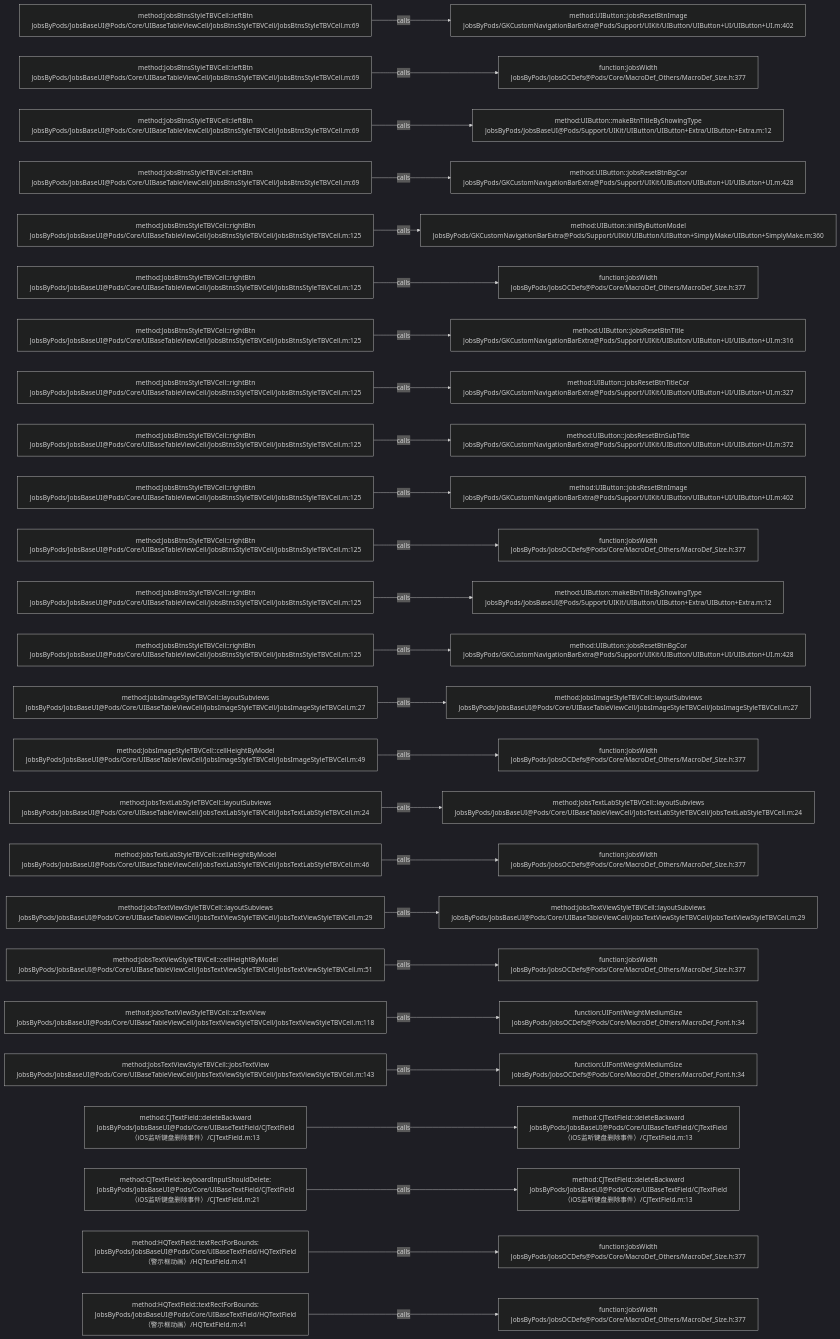
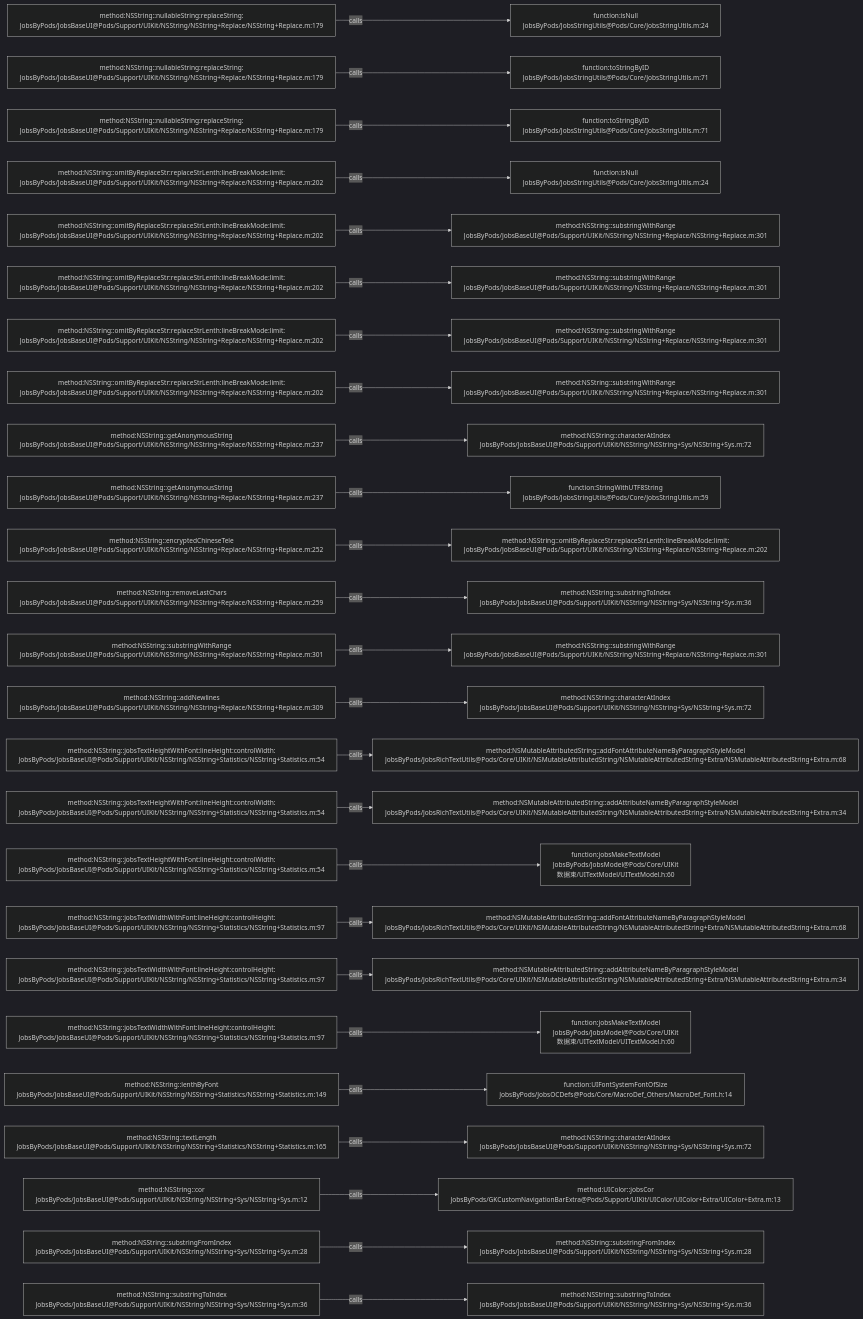
Before and after one commit to JobsKits/JobsOCBaseConfigDemo: the diagram in .codegraph/codegraph.md/graphs/calls-041.md, drawn with Mermaid (dark theme). The commit also changed 1026 other files, not shown here.

````diff
--- a/.codegraph/codegraph.md/graphs/calls-041.md
+++ b/.codegraph/codegraph.md/graphs/calls-041.md
@@ -13,78 +13,78 @@
 ```mermaid
 flowchart LR
-  S1["method:JobsBtnsStyleTBVCell::leftBtn<br/>JobsByPods/JobsBaseUI@Pods/Core/UIBaseTableViewCell/JobsBtnsStyleTBVCell/JobsBtnsStyleTBVCell.m:69"]
-  T1["method:UIButton::jobsResetBtnImage<br/>JobsByPods/GKCustomNavigationBarExtra@Pods/Support/UIKit/UIButton/UIButton+UI/UIButton+UI.m:402"]
+  S1["method:NSString::nullableString:replaceString:<br/>JobsByPods/JobsBaseUI@Pods/Support/UIKit/NSString/NSString+Replace/NSString+Replace.m:179"]
+  T1["function:isNull<br/>JobsByPods/JobsStringUtils@Pods/Core/JobsStringUtils.m:24"]
   S1 -->|calls| T1
-  S2["method:JobsBtnsStyleTBVCell::leftBtn<br/>JobsByPods/JobsBaseUI@Pods/Core/UIBaseTableViewCell/JobsBtnsStyleTBVCell/JobsBtnsStyleTBVCell.m:69"]
-  T2["function:JobsWidth<br/>JobsByPods/JobsOCDefs@Pods/Core/MacroDef_Others/MacroDef_Size.h:377"]
+  S2["method:NSString::nullableString:replaceString:<br/>JobsByPods/JobsBaseUI@Pods/Support/UIKit/NSString/NSString+Replace/NSString+Replace.m:179"]
+  T2["function:toStringByID<br/>JobsByPods/JobsStringUtils@Pods/Core/JobsStringUtils.m:71"]
   S2 -->|calls| T2
-  S3["method:JobsBtnsStyleTBVCell::leftBtn<br/>JobsByPods/JobsBaseUI@Pods/Core/UIBaseTableViewCell/JobsBtnsStyleTBVCell/JobsBtnsStyleTBVCell.m:69"]
-  T3["method:UIButton::makeBtnTitleByShowingType<br/>JobsByPods/JobsBaseUI@Pods/Support/UIKit/UIButton/UIButton+Extra/UIButton+Extra.m:12"]
+  S3["method:NSString::nullableString:replaceString:<br/>JobsByPods/JobsBaseUI@Pods/Support/UIKit/NSString/NSString+Replace/NSString+Replace.m:179"]
+  T3["function:toStringByID<br/>JobsByPods/JobsStringUtils@Pods/Core/JobsStringUtils.m:71"]
   S3 -->|calls| T3
-  S4["method:JobsBtnsStyleTBVCell::leftBtn<br/>JobsByPods/JobsBaseUI@Pods/Core/UIBaseTableViewCell/JobsBtnsStyleTBVCell/JobsBtnsStyleTBVCell.m:69"]
-  T4["method:UIButton::jobsResetBtnBgCor<br/>JobsByPods/GKCustomNavigationBarExtra@Pods/Support/UIKit/UIButton/UIButton+UI/UIButton+UI.m:428"]
+  S4["method:NSString::omitByReplaceStr:replaceStrLenth:lineBreakMode:limit:<br/>JobsByPods/JobsBaseUI@Pods/Support/UIKit/NSString/NSString+Replace/NSString+Replace.m:202"]
+  T4["function:isNull<br/>JobsByPods/JobsStringUtils@Pods/Core/JobsStringUtils.m:24"]
   S4 -->|calls| T4
-  S5["method:JobsBtnsStyleTBVCell::rightBtn<br/>JobsByPods/JobsBaseUI@Pods/Core/UIBaseTableViewCell/JobsBtnsStyleTBVCell/JobsBtnsStyleTBVCell.m:125"]
-  T5["method:UIButton::initByButtonModel<br/>JobsByPods/GKCustomNavigationBarExtra@Pods/Support/UIKit/UIButton/UIButton+SimplyMake/UIButton+SimplyMake.m:360"]
+  S5["method:NSString::omitByReplaceStr:replaceStrLenth:lineBreakMode:limit:<br/>JobsByPods/JobsBaseUI@Pods/Support/UIKit/NSString/NSString+Replace/NSString+Replace.m:202"]
+  T5["method:NSString::substringWithRange<br/>JobsByPods/JobsBaseUI@Pods/Support/UIKit/NSString/NSString+Replace/NSString+Replace.m:301"]
   S5 -->|calls| T5
-  S6["method:JobsBtnsStyleTBVCell::rightBtn<br/>JobsByPods/JobsBaseUI@Pods/Core/UIBaseTableViewCell/JobsBtnsStyleTBVCell/JobsBtnsStyleTBVCell.m:125"]
-  T6["function:JobsWidth<br/>JobsByPods/JobsOCDefs@Pods/Core/MacroDef_Others/MacroDef_Size.h:377"]
+  S6["method:NSString::omitByReplaceStr:replaceStrLenth:lineBreakMode:limit:<br/>JobsByPods/JobsBaseUI@Pods/Support/UIKit/NSString/NSString+Replace/NSString+Replace.m:202"]
+  T6["method:NSString::substringWithRange<br/>JobsByPods/JobsBaseUI@Pods/Support/UIKit/NSString/NSString+Replace/NSString+Replace.m:301"]
   S6 -->|calls| T6
-  S7["method:JobsBtnsStyleTBVCell::rightBtn<br/>JobsByPods/JobsBaseUI@Pods/Core/UIBaseTableViewCell/JobsBtnsStyleTBVCell/JobsBtnsStyleTBVCell.m:125"]
-  T7["method:UIButton::jobsResetBtnTitle<br/>JobsByPods/GKCustomNavigationBarExtra@Pods/Support/UIKit/UIButton/UIButton+UI/UIButton+UI.m:316"]
+  S7["method:NSString::omitByReplaceStr:replaceStrLenth:lineBreakMode:limit:<br/>JobsByPods/JobsBaseUI@Pods/Support/UIKit/NSString/NSString+Replace/NSString+Replace.m:202"]
+  T7["method:NSString::substringWithRange<br/>JobsByPods/JobsBaseUI@Pods/Support/UIKit/NSString/NSString+Replace/NSString+Replace.m:301"]
   S7 -->|calls| T7
-  S8["method:JobsBtnsStyleTBVCell::rightBtn<br/>JobsByPods/JobsBaseUI@Pods/Core/UIBaseTableViewCell/JobsBtnsStyleTBVCell/JobsBtnsStyleTBVCell.m:125"]
-  T8["method:UIButton::jobsResetBtnTitleCor<br/>JobsByPods/GKCustomNavigationBarExtra@Pods/Support/UIKit/UIButton/UIButton+UI/UIButton+UI.m:327"]
+  S8["method:NSString::omitByReplaceStr:replaceStrLenth:lineBreakMode:limit:<br/>JobsByPods/JobsBaseUI@Pods/Support/UIKit/NSString/NSString+Replace/NSString+Replace.m:202"]
+  T8["method:NSString::substringWithRange<br/>JobsByPods/JobsBaseUI@Pods/Support/UIKit/NSString/NSString+Replace/NSString+Replace.m:301"]
   S8 -->|calls| T8
-  S9["method:JobsBtnsStyleTBVCell::rightBtn<br/>JobsByPods/JobsBaseUI@Pods/Core/UIBaseTableViewCell/JobsBtnsStyleTBVCell/JobsBtnsStyleTBVCell.m:125"]
-  T9["method:UIButton::jobsResetBtnSubTitle<br/>JobsByPods/GKCustomNavigationBarExtra@Pods/Support/UIKit/UIButton/UIButton+UI/UIButton+UI.m:372"]
+  S9["method:NSString::getAnonymousString<br/>JobsByPods/JobsBaseUI@Pods/Support/UIKit/NSString/NSString+Replace/NSString+Replace.m:237"]
+  T9["method:NSString::characterAtIndex<br/>JobsByPods/JobsBaseUI@Pods/Support/UIKit/NSString/NSString+Sys/NSString+Sys.m:72"]
   S9 -->|calls| T9
-  S10["method:JobsBtnsStyleTBVCell::rightBtn<br/>JobsByPods/JobsBaseUI@Pods/Core/UIBaseTableViewCell/JobsBtnsStyleTBVCell/JobsBtnsStyleTBVCell.m:125"]
-  T10["method:UIButton::jobsResetBtnImage<br/>JobsByPods/GKCustomNavigationBarExtra@Pods/Support/UIKit/UIButton/UIButton+UI/UIButton+UI.m:402"]
+  S10["method:NSString::getAnonymousString<br/>JobsByPods/JobsBaseUI@Pods/Support/UIKit/NSString/NSString+Replace/NSString+Replace.m:237"]
+  T10["function:StringWithUTF8String<br/>JobsByPods/JobsStringUtils@Pods/Core/JobsStringUtils.m:59"]
   S10 -->|calls| T10
-  S11["method:JobsBtnsStyleTBVCell::rightBtn<br/>JobsByPods/JobsBaseUI@Pods/Core/UIBaseTableViewCell/JobsBtnsStyleTBVCell/JobsBtnsStyleTBVCell.m:125"]
-  T11["function:JobsWidth<br/>JobsByPods/JobsOCDefs@Pods/Core/MacroDef_Others/MacroDef_Size.h:377"]
+  S11["method:NSString::encryptedChineseTele<br/>JobsByPods/JobsBaseUI@Pods/Support/UIKit/NSString/NSString+Replace/NSString+Replace.m:252"]
+  T11["method:NSString::omitByReplaceStr:replaceStrLenth:lineBreakMode:limit:<br/>JobsByPods/JobsBaseUI@Pods/Support/UIKit/NSString/NSString+Replace/NSString+Replace.m:202"]
   S11 -->|calls| T11
-  S12["method:JobsBtnsStyleTBVCell::rightBtn<br/>JobsByPods/JobsBaseUI@Pods/Core/UIBaseTableViewCell/JobsBtnsStyleTBVCell/JobsBtnsStyleTBVCell.m:125"]
-  T12["method:UIButton::makeBtnTitleByShowingType<br/>JobsByPods/JobsBaseUI@Pods/Support/UIKit/UIButton/UIButton+Extra/UIButton+Extra.m:12"]
+  S12["method:NSString::removeLastChars<br/>JobsByPods/JobsBaseUI@Pods/Support/UIKit/NSString/NSString+Replace/NSString+Replace.m:259"]
+  T12["method:NSString::substringToIndex<br/>JobsByPods/JobsBaseUI@Pods/Support/UIKit/NSString/NSString+Sys/NSString+Sys.m:36"]
   S12 -->|calls| T12
-  S13["method:JobsBtnsStyleTBVCell::rightBtn<br/>JobsByPods/JobsBaseUI@Pods/Core/UIBaseTableViewCell/JobsBtnsStyleTBVCell/JobsBtnsStyleTBVCell.m:125"]
-  T13["method:UIButton::jobsResetBtnBgCor<br/>JobsByPods/GKCustomNavigationBarExtra@Pods/Support/UIKit/UIButton/UIButton+UI/UIButton+UI.m:428"]
+  S13["method:NSString::substringWithRange<br/>JobsByPods/JobsBaseUI@Pods/Support/UIKit/NSString/NSString+Replace/NSString+Replace.m:301"]
+  T13["method:NSString::substringWithRange<br/>JobsByPods/JobsBaseUI@Pods/Support/UIKit/NSString/NSString+Replace/NSString+Replace.m:301"]
   S13 -->|calls| T13
-  S14["method:JobsImageStyleTBVCell::layoutSubviews<br/>JobsByPods/JobsBaseUI@Pods/Core/UIBaseTableViewCell/JobsImageStyleTBVCell/JobsImageStyleTBVCell.m:27"]
-  T14["method:JobsImageStyleTBVCell::layoutSubviews<br/>JobsByPods/JobsBaseUI@Pods/Core/UIBaseTableViewCell/JobsImageStyleTBVCell/JobsImageStyleTBVCell.m:27"]
+  S14["method:NSString::addNewlines<br/>JobsByPods/JobsBaseUI@Pods/Support/UIKit/NSString/NSString+Replace/NSString+Replace.m:309"]
+  T14["method:NSString::characterAtIndex<br/>JobsByPods/JobsBaseUI@Pods/Support/UIKit/NSString/NSString+Sys/NSString+Sys.m:72"]
   S14 -->|calls| T14
-  S15["method:JobsImageStyleTBVCell::cellHeightByModel<br/>JobsByPods/JobsBaseUI@Pods/Core/UIBaseTableViewCell/JobsImageStyleTBVCell/JobsImageStyleTBVCell.m:49"]
-  T15["function:JobsWidth<br/>JobsByPods/JobsOCDefs@Pods/Core/MacroDef_Others/MacroDef_Size.h:377"]
+  S15["method:NSString::jobsTextHeightWithFont:lineHeight:controlWidth:<br/>JobsByPods/JobsBaseUI@Pods/Support/UIKit/NSString/NSString+Statistics/NSString+Statistics.m:54"]
+  T15["method:NSMutableAttributedString::addFontAttributeNameByParagraphStyleModel<br/>JobsByPods/JobsRichTextUtils@Pods/Core/UIKit/NSMutableAttributedString/NSMutableAttributedString+Extra/NSMutableAttributedString+Extra.m:68"]
   S15 -->|calls| T15
-  S16["method:JobsTextLabStyleTBVCell::layoutSubviews<br/>JobsByPods/JobsBaseUI@Pods/Core/UIBaseTableViewCell/JobsTextLabStyleTBVCell/JobsTextLabStyleTBVCell.m:24"]
-  T16["method:JobsTextLabStyleTBVCell::layoutSubviews<br/>JobsByPods/JobsBaseUI@Pods/Core/UIBaseTableViewCell/JobsTextLabStyleTBVCell/JobsTextLabStyleTBVCell.m:24"]
+  S16["method:NSString::jobsTextHeightWithFont:lineHeight:controlWidth:<br/>JobsByPods/JobsBaseUI@Pods/Support/UIKit/NSString/NSString+Statistics/NSString+Statistics.m:54"]
+  T16["method:NSMutableAttributedString::addAttributeNameByParagraphStyleModel<br/>JobsByPods/JobsRichTextUtils@Pods/Core/UIKit/NSMutableAttributedString/NSMutableAttributedString+Extra/NSMutableAttributedString+Extra.m:34"]
   S16 -->|calls| T16
-  S17["method:JobsTextLabStyleTBVCell::cellHeightByModel<br/>JobsByPods/JobsBaseUI@Pods/Core/UIBaseTableViewCell/JobsTextLabStyleTBVCell/JobsTextLabStyleTBVCell.m:46"]
-  T17["function:JobsWidth<br/>JobsByPods/JobsOCDefs@Pods/Core/MacroDef_Others/MacroDef_Size.h:377"]
+  S17["method:NSString::jobsTextHeightWithFont:lineHeight:controlWidth:<br/>JobsByPods/JobsBaseUI@Pods/Support/UIKit/NSString/NSString+Statistics/NSString+Statistics.m:54"]
+  T17["function:jobsMakeTextModel<br/>JobsByPods/JobsModel@Pods/Core/UIKit数据束/UITextModel/UITextModel.h:60"]
   S17 -->|calls| T17
-  S18["method:JobsTextViewStyleTBVCell::layoutSubviews<br/>JobsByPods/JobsBaseUI@Pods/Core/UIBaseTableViewCell/JobsTextViewStyleTBVCell/JobsTextViewStyleTBVCell.m:29"]
-  T18["method:JobsTextViewStyleTBVCell::layoutSubviews<br/>JobsByPods/JobsBaseUI@Pods/Core/UIBaseTableViewCell/JobsTextViewStyleTBVCell/JobsTextViewStyleTBVCell.m:29"]
+  S18["method:NSString::jobsTextWidthWithFont:lineHeight:controlHeight:<br/>JobsByPods/JobsBaseUI@Pods/Support/UIKit/NSString/NSString+Statistics/NSString+Statistics.m:97"]
+  T18["method:NSMutableAttributedString::addFontAttributeNameByParagraphStyleModel<br/>JobsByPods/JobsRichTextUtils@Pods/Core/UIKit/NSMutableAttributedString/NSMutableAttributedString+Extra/NSMutableAttributedString+Extra.m:68"]
   S18 -->|calls| T18
-  S19["method:JobsTextViewStyleTBVCell::cellHeightByModel<br/>JobsByPods/JobsBaseUI@Pods/Core/UIBaseTableViewCell/JobsTextViewStyleTBVCell/JobsTextViewStyleTBVCell.m:51"]
-  T19["function:JobsWidth<br/>JobsByPods/JobsOCDefs@Pods/Core/MacroDef_Others/MacroDef_Size.h:377"]
+  S19["method:NSString::jobsTextWidthWithFont:lineHeight:controlHeight:<br/>JobsByPods/JobsBaseUI@Pods/Support/UIKit/NSString/NSString+Statistics/NSString+Statistics.m:97"]
+  T19["method:NSMutableAttributedString::addAttributeNameByParagraphStyleModel<br/>JobsByPods/JobsRichTextUtils@Pods/Core/UIKit/NSMutableAttributedString/NSMutableAttributedString+Extra/NSMutableAttributedString+Extra.m:34"]
   S19 -->|calls| T19
-  S20["method:JobsTextViewStyleTBVCell::szTextView<br/>JobsByPods/JobsBaseUI@Pods/Core/UIBaseTableViewCell/JobsTextViewStyleTBVCell/JobsTextViewStyleTBVCell.m:118"]
-  T20["function:UIFontWeightMediumSize<br/>JobsByPods/JobsOCDefs@Pods/Core/MacroDef_Others/MacroDef_Font.h:34"]
+  S20["method:NSString::jobsTextWidthWithFont:lineHeight:controlHeight:<br/>JobsByPods/JobsBaseUI@Pods/Support/UIKit/NSString/NSString+Statistics/NSString+Statistics.m:97"]
+  T20["function:jobsMakeTextModel<br/>JobsByPods/JobsModel@Pods/Core/UIKit数据束/UITextModel/UITextModel.h:60"]
   S20 -->|calls| T20
-  S21["method:JobsTextViewStyleTBVCell::jobsTextView<br/>JobsByPods/JobsBaseUI@Pods/Core/UIBaseTableViewCell/JobsTextViewStyleTBVCell/JobsTextViewStyleTBVCell.m:143"]
-  T21["function:UIFontWeightMediumSize<br/>JobsByPods/JobsOCDefs@Pods/Core/MacroDef_Others/MacroDef_Font.h:34"]
+  S21["method:NSString::lenthByFont<br/>JobsByPods/JobsBaseUI@Pods/Support/UIKit/NSString/NSString+Statistics/NSString+Statistics.m:149"]
+  T21["function:UIFontSystemFontOfSize<br/>JobsByPods/JobsOCDefs@Pods/Core/MacroDef_Others/MacroDef_Font.h:14"]
   S21 -->|calls| T21
-  S22["method:CJTextField::deleteBackward<br/>JobsByPods/JobsBaseUI@Pods/Core/UIBaseTextField/CJTextField（iOS监听键盘删除事件）/CJTextField.m:13"]
-  T22["method:CJTextField::deleteBackward<br/>JobsByPods/JobsBaseUI@Pods/Core/UIBaseTextField/CJTextField（iOS监听键盘删除事件）/CJTextField.m:13"]
+  S22["method:NSString::textLength<br/>JobsByPods/JobsBaseUI@Pods/Support/UIKit/NSString/NSString+Statistics/NSString+Statistics.m:165"]
+  T22["method:NSString::characterAtIndex<br/>JobsByPods/JobsBaseUI@Pods/Support/UIKit/NSString/NSString+Sys/NSString+Sys.m:72"]
   S22 -->|calls| T22
-  S23["method:CJTextField::keyboardInputShouldDelete:<br/>JobsByPods/JobsBaseUI@Pods/Core/UIBaseTextField/CJTextField（iOS监听键盘删除事件）/CJTextField.m:21"]
-  T23["method:CJTextField::deleteBackward<br/>JobsByPods/JobsBaseUI@Pods/Core/UIBaseTextField/CJTextField（iOS监听键盘删除事件）/CJTextField.m:13"]
+  S23["method:NSString::cor<br/>JobsByPods/JobsBaseUI@Pods/Support/UIKit/NSString/NSString+Sys/NSString+Sys.m:12"]
+  T23["method:UIColor::jobsCor<br/>JobsByPods/GKCustomNavigationBarExtra@Pods/Support/UIKit/UIColor/UIColor+Extra/UIColor+Extra.m:13"]
   S23 -->|calls| T23
-  S24["method:HQTextField::textRectForBounds:<br/>JobsByPods/JobsBaseUI@Pods/Core/UIBaseTextField/HQTextField（警示框动画）/HQTextField.m:41"]
-  T24["function:JobsWidth<br/>JobsByPods/JobsOCDefs@Pods/Core/MacroDef_Others/MacroDef_Size.h:377"]
+  S24["method:NSString::substringFromIndex<br/>JobsByPods/JobsBaseUI@Pods/Support/UIKit/NSString/NSString+Sys/NSString+Sys.m:28"]
+  T24["method:NSString::substringFromIndex<br/>JobsByPods/JobsBaseUI@Pods/Support/UIKit/NSString/NSString+Sys/NSString+Sys.m:28"]
   S24 -->|calls| T24
-  S25["method:HQTextField::textRectForBounds:<br/>JobsByPods/JobsBaseUI@Pods/Core/UIBaseTextField/HQTextField（警示框动画）/HQTextField.m:41"]
-  T25["function:JobsWidth<br/>JobsByPods/JobsOCDefs@Pods/Core/MacroDef_Others/MacroDef_Size.h:377"]
+  S25["method:NSString::substringToIndex<br/>JobsByPods/JobsBaseUI@Pods/Support/UIKit/NSString/NSString+Sys/NSString+Sys.m:36"]
+  T25["method:NSString::substringToIndex<br/>JobsByPods/JobsBaseUI@Pods/Support/UIKit/NSString/NSString+Sys/NSString+Sys.m:36"]
   S25 -->|calls| T25
 ```
````
